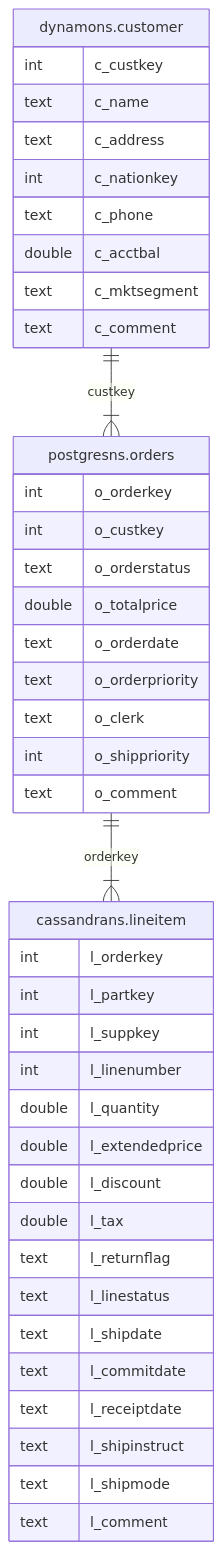
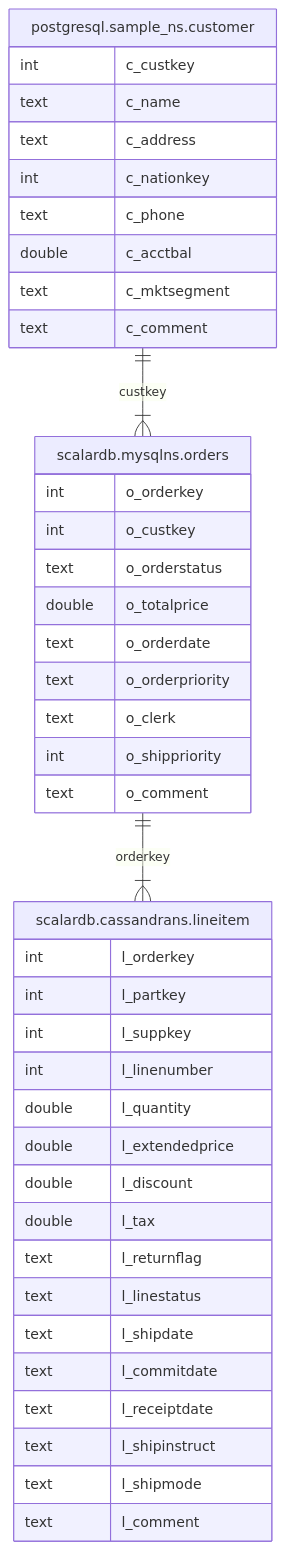
One commit to scalar-labs/docs-scalardb changed the diagram in docs/scalardb-samples/scalardb-analytics-spark-sample/README.mdx. Above: the diagram before and after it, drawn with Mermaid. The commit also changed other lines of this file and 2 other files, not shown here.

````diff
--- a/docs/scalardb-samples/scalardb-analytics-spark-sample/README.mdx
+++ b/docs/scalardb-samples/scalardb-analytics-spark-sample/README.mdx
@@ -230,44 +297,44 @@
 ```mermaid
 erDiagram
-    "dynamons.customer" ||--|{ "postgresns.orders" : "custkey"
-    "dynamons.customer" {
+    "postgresql.sample_ns.customer" ||--|{ "scalardb.mysqlns.orders" : "custkey"
+    "postgresql.sample_ns.customer" {
       int c_custkey
       text c_name
       text c_address
       int c_nationkey
       text c_phone
       double c_acctbal
       text c_mktsegment
       text c_comment
     }
-    "postgresns.orders"  ||--|{ "cassandrans.lineitem" : "orderkey"
-    "postgresns.orders" {
+    "scalardb.mysqlns.orders"  ||--|{ "scalardb.cassandrans.lineitem" : "orderkey"
+    "scalardb.mysqlns.orders" {
       int o_orderkey
       int o_custkey
       text o_orderstatus
       double o_totalprice
       text o_orderdate
       text o_orderpriority
       text o_clerk
       int o_shippriority
       text o_comment
     }
-    "cassandrans.lineitem" {
+    "scalardb.cassandrans.lineitem" {
      int l_orderkey
      int l_partkey
      int l_suppkey
      int l_linenumber
      double l_quantity
      double l_extendedprice
      double l_discount
      double l_tax
      text l_returnflag
      text l_linestatus
      text l_shipdate
      text l_commitdate
      text l_receiptdate
      text l_shipinstruct
      text l_shipmode
      text l_comment
     }
 ```
````
